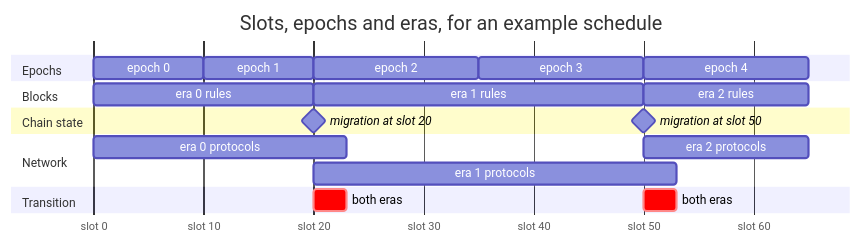
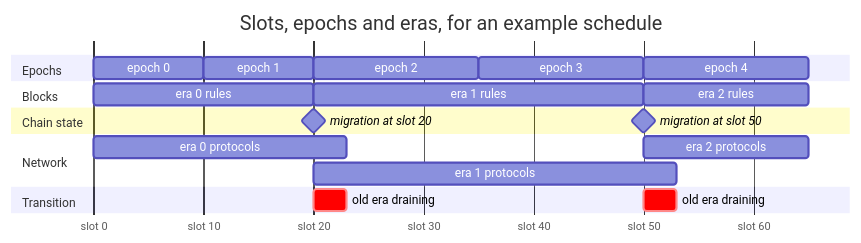
One commit to logos-co/logos-lips changed the first of 7 diagrams in docs/blockchain/raw/bedrock-eras.md. Above: the diagram before and after it, drawn with Mermaid. The commit also changed other lines of this file, not shown here.

Commit message:
docs(blockchain): keep the previous era's identifiers only for what is in flight

````diff
--- a/docs/blockchain/raw/bedrock-eras.md
+++ b/docs/blockchain/raw/bedrock-eras.md
@@ -36,34 +36,34 @@
 ```mermaid
 ---
 displayMode: compact
 config:
   gantt:
     useWidth: 800
 ---
 gantt
     title Slots, epochs and eras, for an example schedule
     dateFormat X
     axisFormat slot %s
     tickInterval 10second
     todayMarker off
     section Epochs
         epoch 0 : p0, 0, 10s
         epoch 1 : p1, after p0, 10s
         epoch 2 : p2, after p1, 15s
         epoch 3 : p3, after p2, 15s
         epoch 4 : p4, after p3, 15s
     section Blocks
         era 0 rules : r0, 0, 20s
         era 1 rules : r1, after r0, 30s
         era 2 rules : r2, after r1, 15s
     section Chain state
         migration at slot 20 : milestone, m1, after r0, 0s
         migration at slot 50 : milestone, m2, after r1, 0s
     section Network
         era 0 protocols : n0, 0, 23s
         era 1 protocols : n1, after r0, 33s
         era 2 protocols : n2, after r1, 15s
     section Transition
-        both eras : crit, t1, after r0, 3s
-        both eras : crit, t2, after r1, 3s
+        old era draining : crit, t1, after r0, 3s
+        old era draining : crit, t2, after r1, 3s
 ```
````
